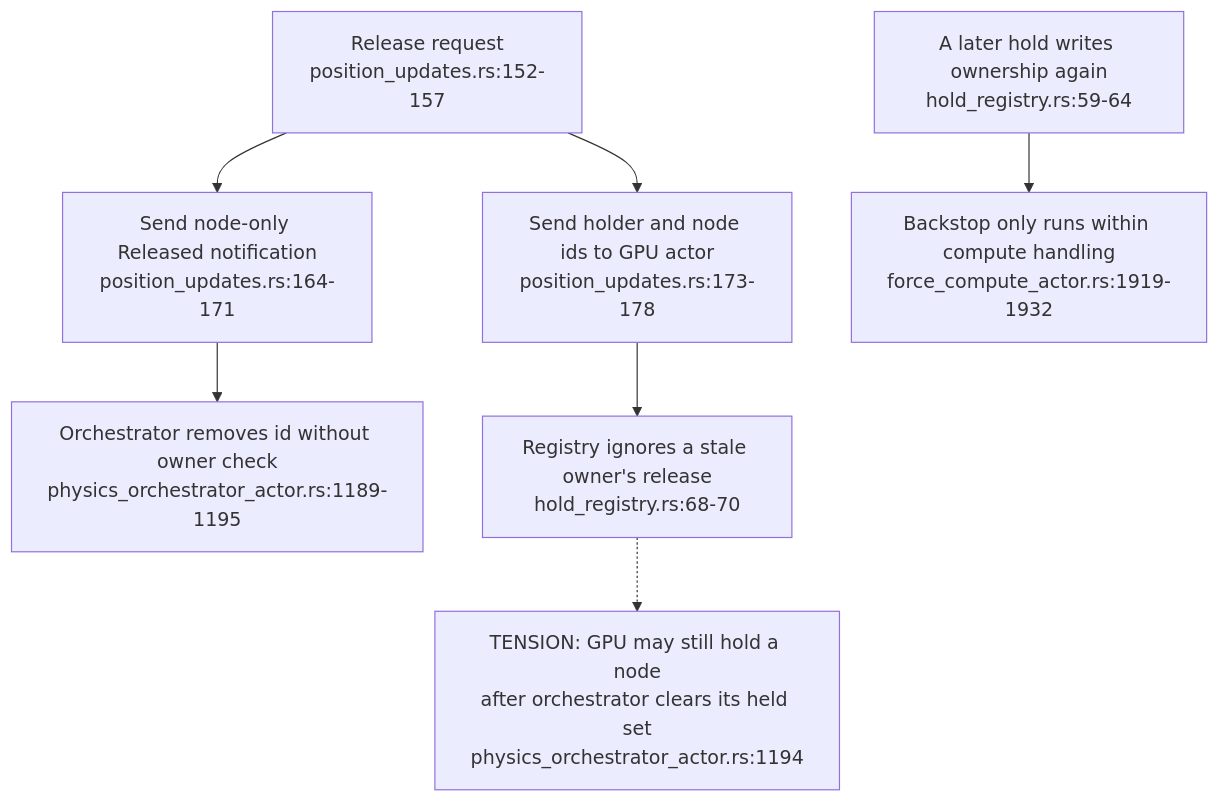
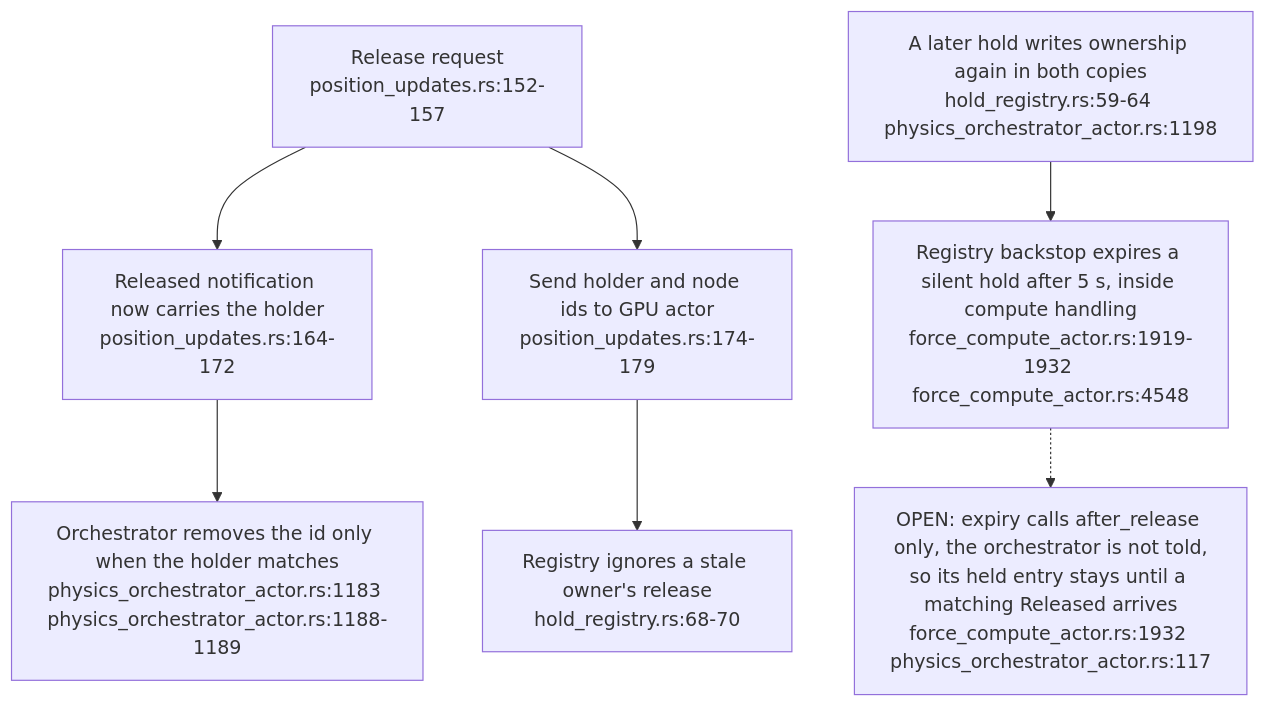
One commit to DreamLab-AI/VisionFlow changed the second of 7 diagrams in docs/diagrams/visionclaw/52-drag-holds-and-observation-gates.md. Above: the diagram before and after it, drawn with Mermaid. The commit also changed other lines of this file and 56 other files, not shown here.

First line of the commit message:
docs(diagrams): re-verify VisionClaw topics at ec785afa9, add VC-19/56/57 and the VisionClaw register

````diff
--- a/docs/diagrams/visionclaw/52-drag-holds-and-observation-gates.md
+++ b/docs/diagrams/visionclaw/52-drag-holds-and-observation-gates.md
@@ -55,9 +56,9 @@
 ```mermaid
 flowchart TD
-    END["Release request<br/>position_updates.rs:152-157"] --> NOTIFY["Send node-only Released notification<br/>position_updates.rs:164-171"]
-    NOTIFY --> ORCH["Orchestrator removes id without owner check<br/>physics_orchestrator_actor.rs:1189-1195"]
-    END --> GPU["Send holder and node ids to GPU actor<br/>position_updates.rs:173-178"]
+    END["Release request<br/>position_updates.rs:152-157"] --> NOTIFY["Released notification now carries the holder<br/>position_updates.rs:164-172"]
+    NOTIFY --> ORCH["Orchestrator removes the id only when the holder matches<br/>physics_orchestrator_actor.rs:1183 physics_orchestrator_actor.rs:1188-1189"]
+    END --> GPU["Send holder and node ids to GPU actor<br/>position_updates.rs:174-179"]
     GPU --> OWNER["Registry ignores a stale owner's release<br/>hold_registry.rs:68-70"]
-    OWNER -.-> GAP["TENSION: GPU may still hold a node<br/>after orchestrator clears its held set<br/>physics_orchestrator_actor.rs:1194"]
-    LATE["A later hold writes ownership again<br/>hold_registry.rs:59-64"] --> EXPIRE["Backstop only runs within compute handling<br/>force_compute_actor.rs:1919-1932"]
+    LATE["A later hold writes ownership again in both copies<br/>hold_registry.rs:59-64 physics_orchestrator_actor.rs:1198"] --> EXPIRE["Registry backstop expires a silent hold after 5 s, inside compute handling<br/>force_compute_actor.rs:1919-1932 force_compute_actor.rs:4548"]
+    EXPIRE -.-> GAP["OPEN: expiry calls after_release only, the orchestrator is not told,<br/>so its held entry stays until a matching Released arrives<br/>force_compute_actor.rs:1932 physics_orchestrator_actor.rs:117"]
 ```
````
